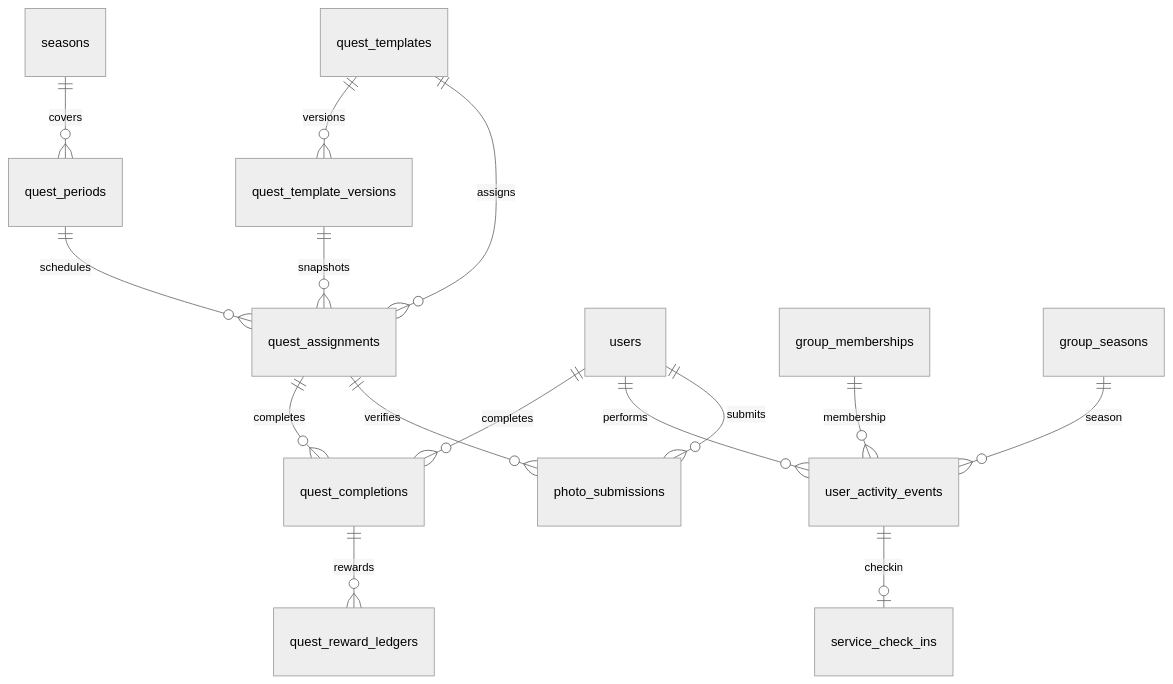
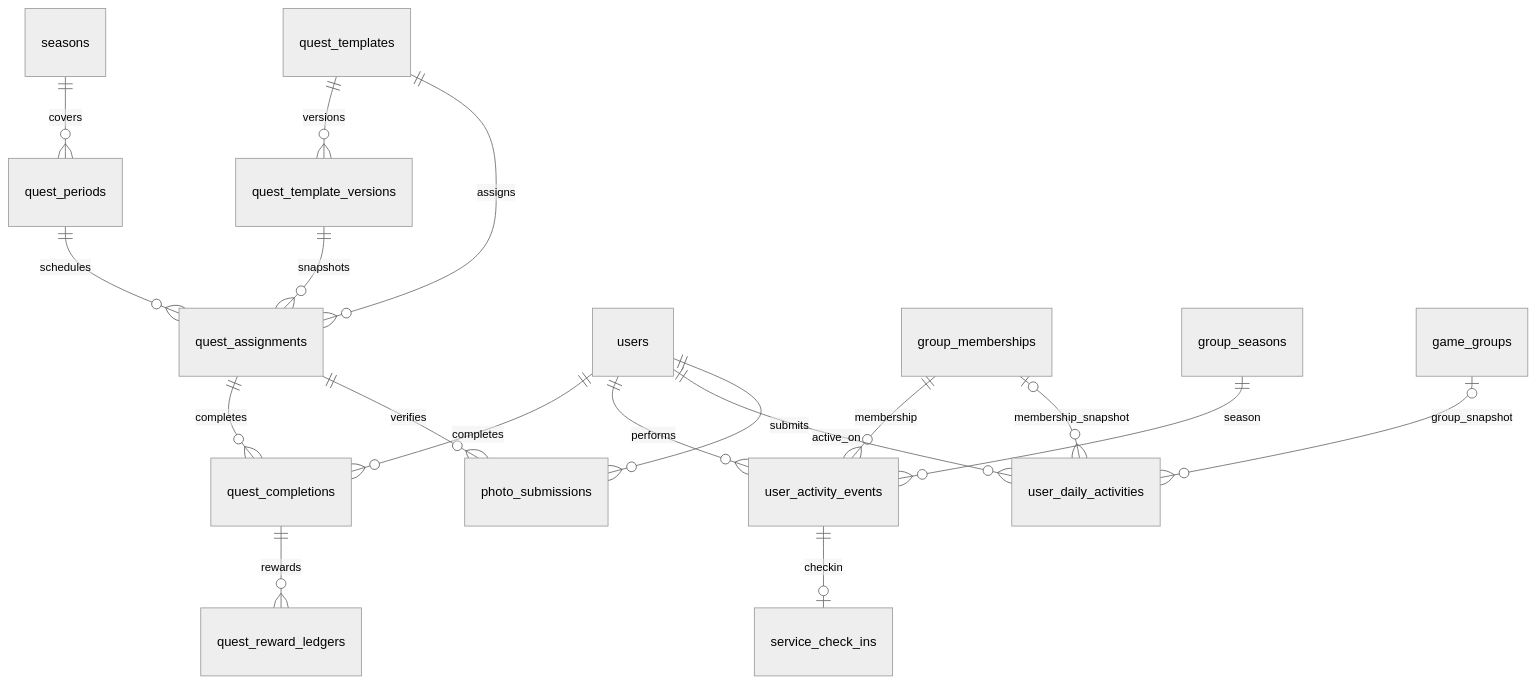
Before and after one commit to heebaek200/shared-creature-game: the third of 5 diagrams in docs/database-design.md, drawn with Mermaid (neutral theme). The commit also changed other lines of this file and 6 other files, not shown here.

````diff
--- a/docs/database-design.md
+++ b/docs/database-design.md
@@ -142,17 +143,20 @@
 ```mermaid
 erDiagram
     quest_templates ||--o{ quest_template_versions : versions
     seasons ||--o{ quest_periods : covers
     quest_periods ||--o{ quest_assignments : schedules
     quest_templates ||--o{ quest_assignments : assigns
     quest_template_versions ||--o{ quest_assignments : snapshots
     quest_assignments ||--o{ quest_completions : completes
     users ||--o{ quest_completions : completes
     quest_completions ||--o{ quest_reward_ledgers : rewards
     users ||--o{ user_activity_events : performs
     group_memberships ||--o{ user_activity_events : membership
     group_seasons ||--o{ user_activity_events : season
+    users ||--o{ user_daily_activities : active_on
+    group_memberships o|--o{ user_daily_activities : membership_snapshot
+    game_groups o|--o{ user_daily_activities : group_snapshot
     user_activity_events ||--o| service_check_ins : checkin
     users ||--o{ photo_submissions : submits
     quest_assignments ||--o{ photo_submissions : verifies
 ```
````
